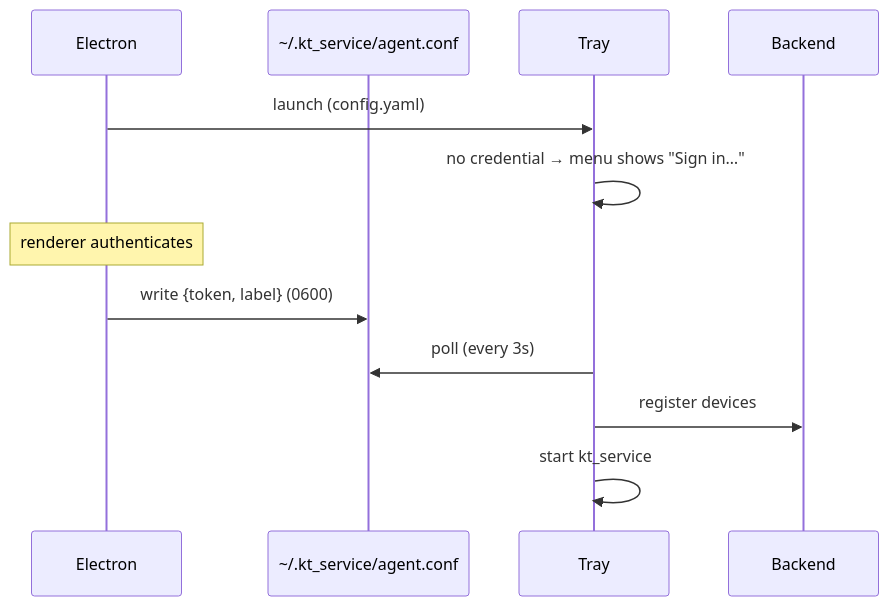
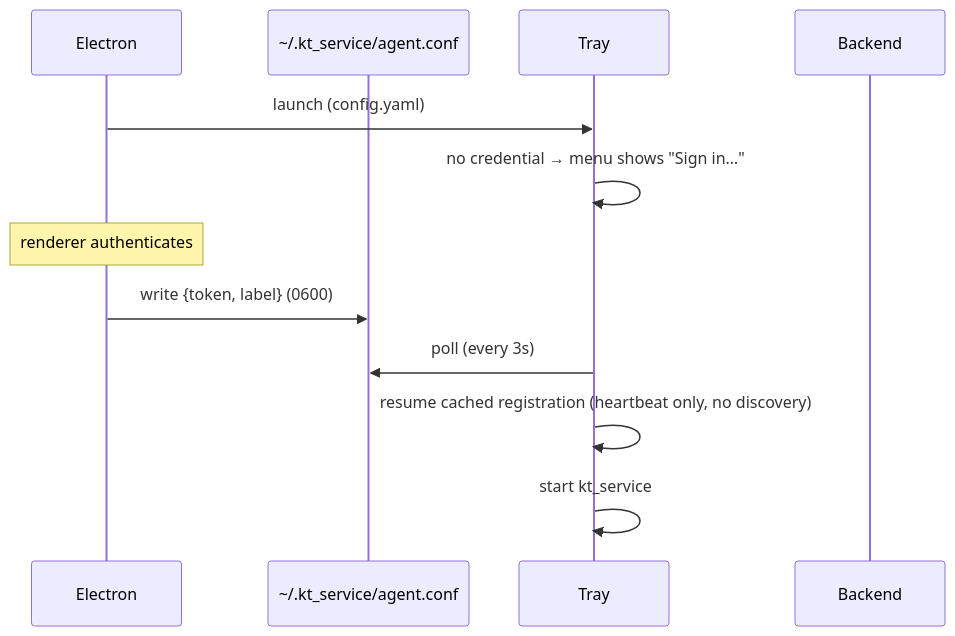
Before and after one commit to kitchntabs/kitchntabs.github.io: the third of 3 diagrams in docs/FEATURES/KT-TRAY-FEATURE.md, drawn with Mermaid. The commit also changed other lines of this file, not shown here.

Commit message:
docs: clarify KT tray per-printer manual registration

````diff
--- a/docs/FEATURES/KT-TRAY-FEATURE.md
+++ b/docs/FEATURES/KT-TRAY-FEATURE.md
@@ -111,15 +115,15 @@
 ```mermaid
 sequenceDiagram
     participant E as Electron
     participant F as ~/.kt_service/agent.conf
     participant T as Tray
     participant BE as Backend
 
     E->>T: launch (config.yaml)
     T->>T: no credential → menu shows "Sign in…"
     Note over E: renderer authenticates
     E->>F: write {token, label}  (0600)
     T->>F: poll (every 3s)
-    T->>BE: register devices
+    T->>T: resume cached registration (heartbeat only, no discovery)
     T->>T: start kt_service
 ```
````
